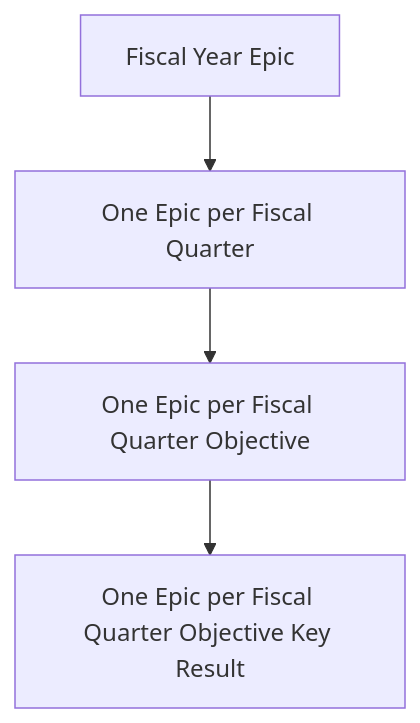
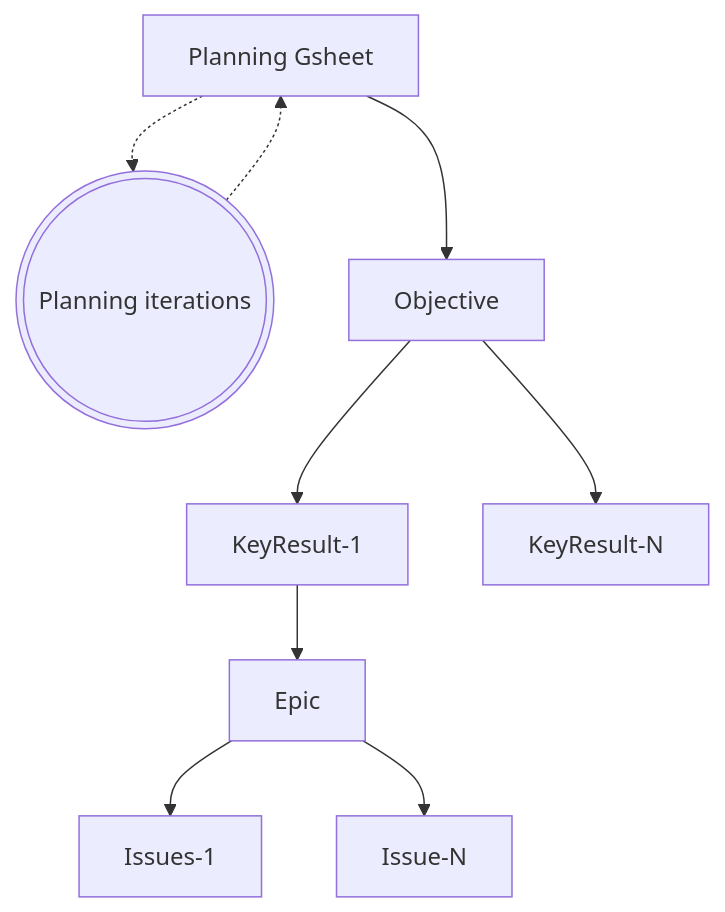
Before and after one commit to secretstartups/handbook: the diagram in content/handbook/business-technology/data-team/how-we-work/planning/index.md, drawn with Mermaid. The commit also changed other lines of this file, not shown here.

Commit message:
Reflect quarterly planning process in the handbook

````diff
--- a/content/handbook/business-technology/data-team/how-we-work/planning/index.md
+++ b/content/handbook/business-technology/data-team/how-we-work/planning/index.md
@@ -97,10 +119,18 @@
 ```mermaid
 graph TD
-    EFY[Fiscal Year Epic]
-    EFQ[One Epic per Fiscal Quarter]
-    EFQO1[One Epic per Fiscal Quarter Objective]
-    EFQO1KR1[One Epic per Fiscal Quarter Objective Key Result]
-    EFY-->EFQ
-    EFQ-->EFQO1
-    EFQO1-->EFQO1KR1
+    Planning-gSheet[Planning Gsheet]
+    Planning-iteration(((Planning iterations)))
+    Objective[Objective]
+    KeyResult1[KeyResult-1]
+    KeyResultN[KeyResult-N]
+    Epic[Epic]
+    Issues1[Issues-1]
+    IssuesN[Issue-N]
+    Planning-gSheet-.->Planning-iteration-.->Planning-gSheet
+    Planning-gSheet-->Objective
+    Objective-->KeyResult1
+    Objective-->KeyResultN
+    KeyResult1-->Epic
+    Epic-->Issues1
+    Epic-->IssuesN
 ```
````
